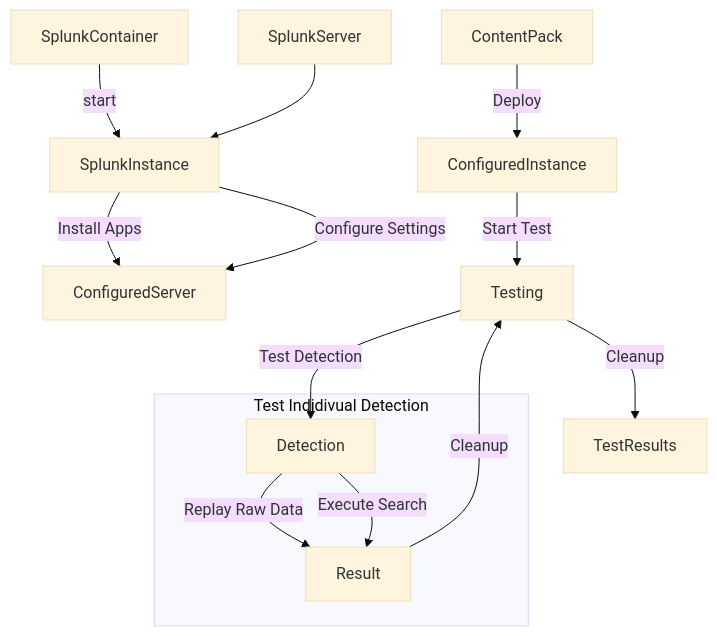
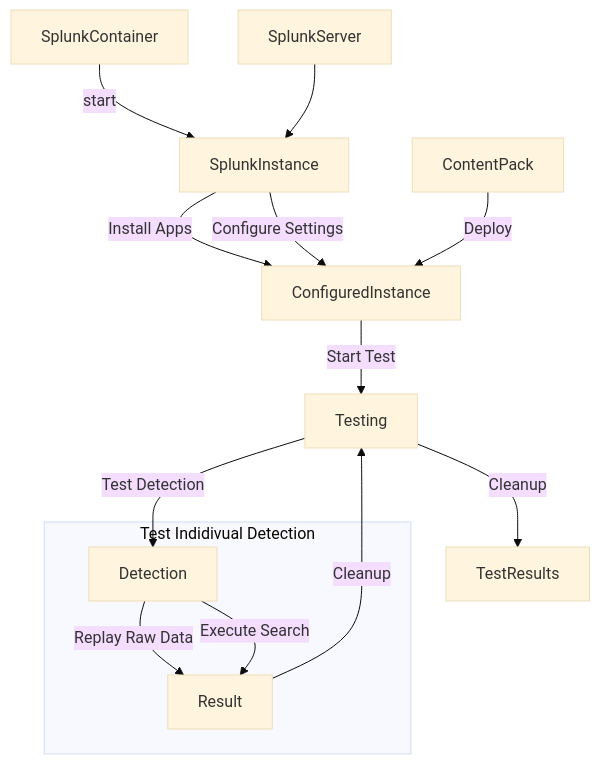
One commit to splunk/contentctl changed the second of 2 diagrams in README.md. Above: the diagram before and after it, drawn with Mermaid (base theme).

Commit message:
Update README.md
Fix contentctl test diagram typos

````diff
--- a/README.md
+++ b/README.md
@@ -137,17 +137,17 @@
 ```mermaid
 graph TD
 SplunkContainer--start-->SplunkInstance
 SplunkServer-->SplunkInstance
-SplunkInstance--Install Apps-->ConfiguredServer
-SplunkInstance--Configure Settings-->ConfiguredServer
+SplunkInstance--Install Apps-->ConfiguredInstance
+SplunkInstance--Configure Settings-->ConfiguredInstance
 ContentPack--Deploy-->ConfiguredInstance
 ConfiguredInstance--Start Test-->Testing
 Testing--Test Detection-->Detection
 
 Detection--Replay Raw Data-->Result
 subgraph Test Indidivual Detection
 	Detection--Execute Search-->Result	
 end
 Result--Cleanup-->Testing
 Testing--Cleanup-->TestResults
 ```
````
